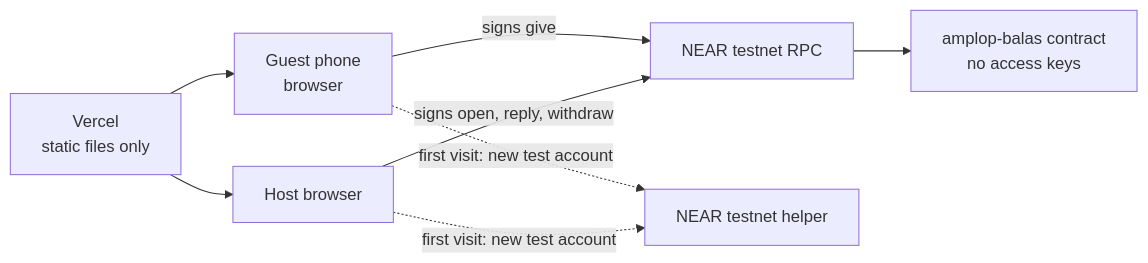
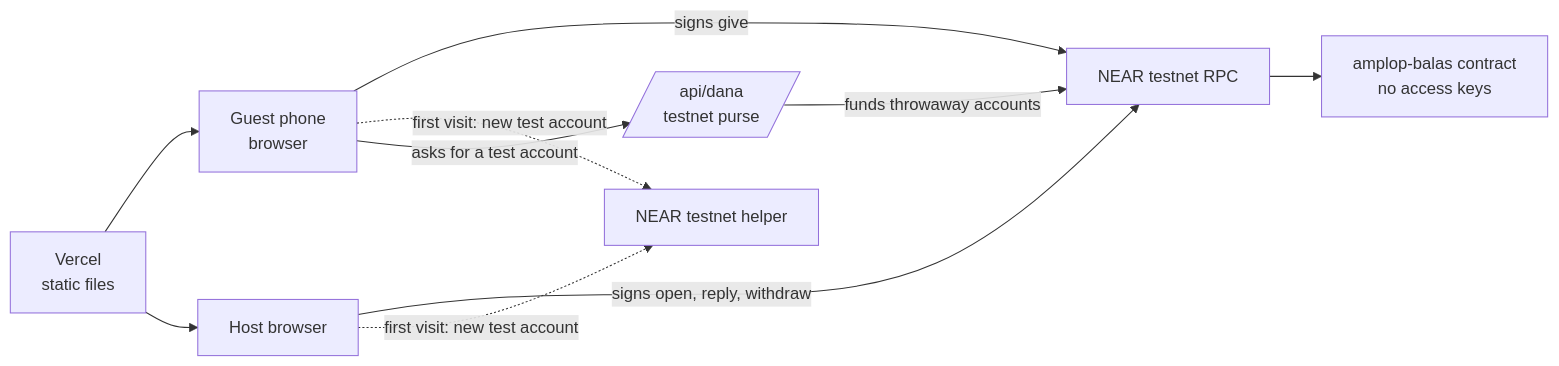
Before and after one commit to Stylenexy/rsvpay: the diagram in docs/ARCHITECTURE.md, drawn with Mermaid. The commit also changed other lines of this file and 7 other files, not shown here.

````diff
--- a/docs/ARCHITECTURE.md
+++ b/docs/ARCHITECTURE.md
@@ -5,10 +5,12 @@
 ```mermaid
 flowchart LR
   G[Guest phone<br/>browser] -->|signs give| R[NEAR testnet RPC]
   H[Host browser] -->|signs open, reply, withdraw| R
   G -. first visit: new test account .-> K[NEAR testnet helper]
   H -. first visit: new test account .-> K
   R --> C[amplop-balas contract<br/>no access keys]
-  V[Vercel<br/>static files only] --> G
+  V[Vercel<br/>static files] --> G
+  D[/api/dana<br/>testnet purse/] -->|funds throwaway accounts| R
+  G -->|asks for a test account| D
   V --> H
 ```
````
